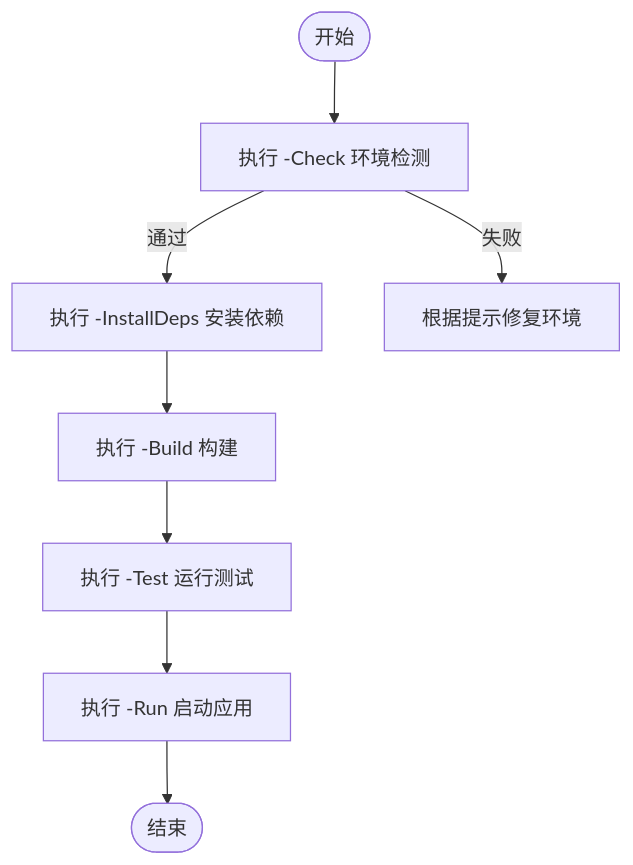
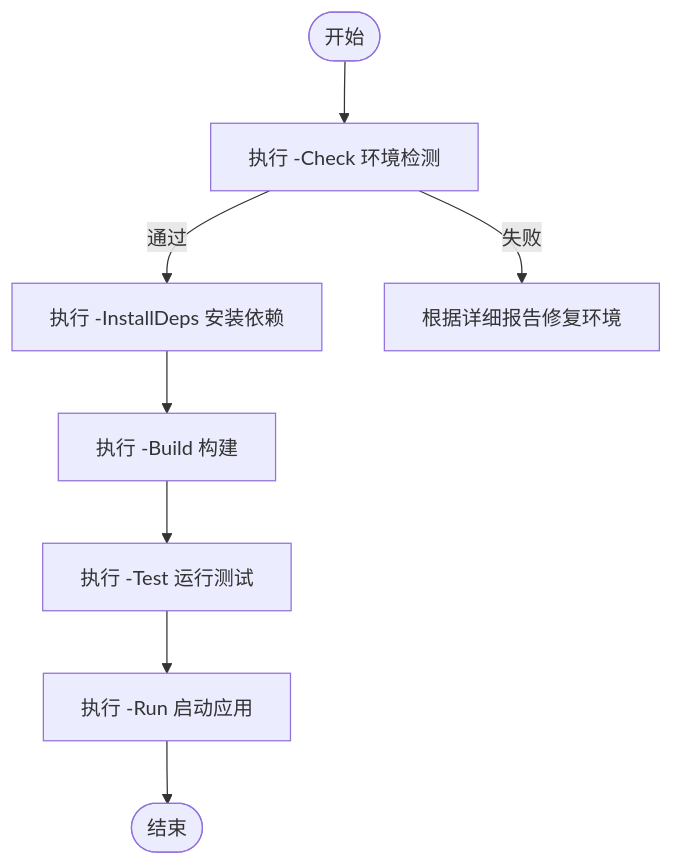
The fourth of 4 diagrams in .qoder/repowiki/zh/content/构建与部署.md (tea4go/SoundRemote-WinServer), drawn with Mermaid before and after one commit. The commit also changed other lines of this file and 19 other files, not shown here.

````diff
--- a/.qoder/repowiki/zh/content/构建与部署.md
+++ b/.qoder/repowiki/zh/content/构建与部署.md
@@ -341,10 +367,10 @@
 ```mermaid
 flowchart TD
 Start(["开始"]) --> Check["执行 -Check 环境检测"]
 Check --> |通过| Deps["执行 -InstallDeps 安装依赖"]
-Check --> |失败| Fix["根据提示修复环境"]
+Check --> |失败| Fix["根据详细报告修复环境"]
 Deps --> Build["执行 -Build 构建"]
 Build --> Test["执行 -Test 运行测试"]
 Test --> Run["执行 -Run 启动应用"]
 Run --> End(["结束"])
 ```
````
